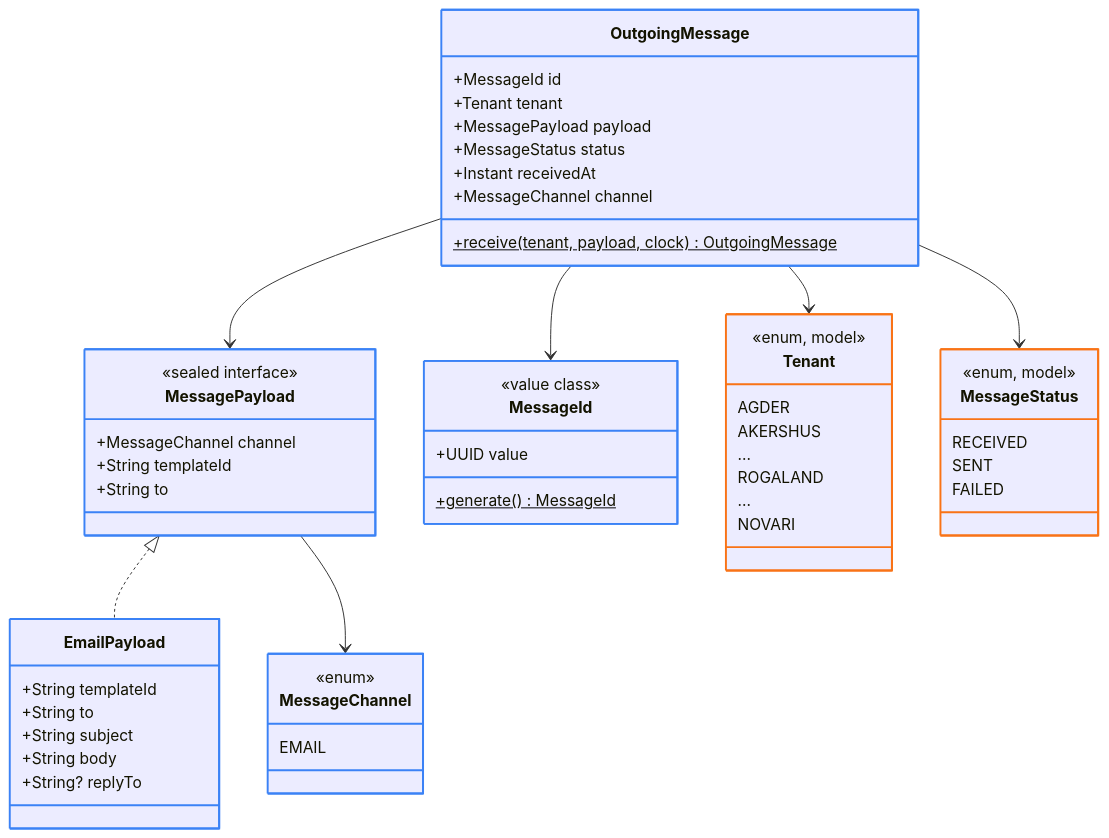
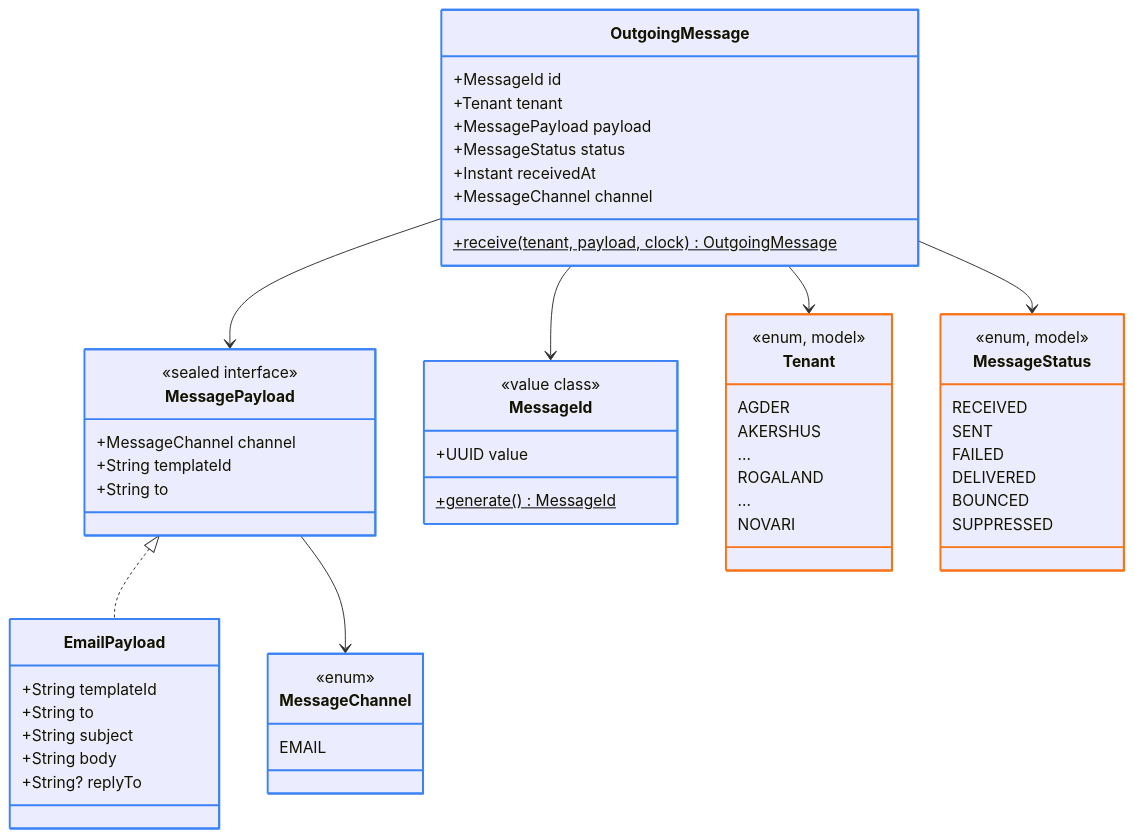
One commit to FINTLabs/fint-communication-service changed the fourth of 17 diagrams in docs/architecture.md. Above: the diagram before and after it, drawn with Mermaid. The commit also changed other lines of this file and 45 other files, not shown here.

````diff
--- a/docs/architecture.md
+++ b/docs/architecture.md
@@ -298,64 +341,67 @@
 ```mermaid
 classDiagram
     class OutgoingMessage {
         +MessageId id
         +Tenant tenant
         +MessagePayload payload
         +MessageStatus status
         +Instant receivedAt
         +MessageChannel channel
         +receive(tenant, payload, clock)$ OutgoingMessage
     }
     class MessagePayload {
         <<sealed interface>>
         +MessageChannel channel
         +String templateId
         +String to
     }
     class EmailPayload {
         +String templateId
         +String to
         +String subject
         +String body
         +String? replyTo
     }
     class MessageId {
         <<value class>>
         +UUID value
         +generate()$ MessageId
     }
     class Tenant {
         <<enum, model>>
         AGDER
         AKERSHUS
         ...
         ROGALAND
         ...
         NOVARI
     }
     class MessageStatus {
         <<enum, model>>
         RECEIVED
         SENT
         FAILED
+        DELIVERED
+        BOUNCED
+        SUPPRESSED
     }
     class MessageChannel {
         <<enum>>
         EMAIL
     }
 
     OutgoingMessage --> MessageId
     OutgoingMessage --> Tenant
     OutgoingMessage --> MessagePayload
     OutgoingMessage --> MessageStatus
     MessagePayload <|.. EmailPayload
     MessagePayload --> MessageChannel
 
     style OutgoingMessage stroke:#3B82F6,stroke-width:2px
     style MessagePayload stroke:#3B82F6,stroke-width:2px
     style EmailPayload stroke:#3B82F6,stroke-width:2px
     style MessageId stroke:#3B82F6,stroke-width:2px
     style MessageChannel stroke:#3B82F6,stroke-width:2px
     style Tenant stroke:#F97316,stroke-width:2px
     style MessageStatus stroke:#F97316,stroke-width:2px
 ```
````
